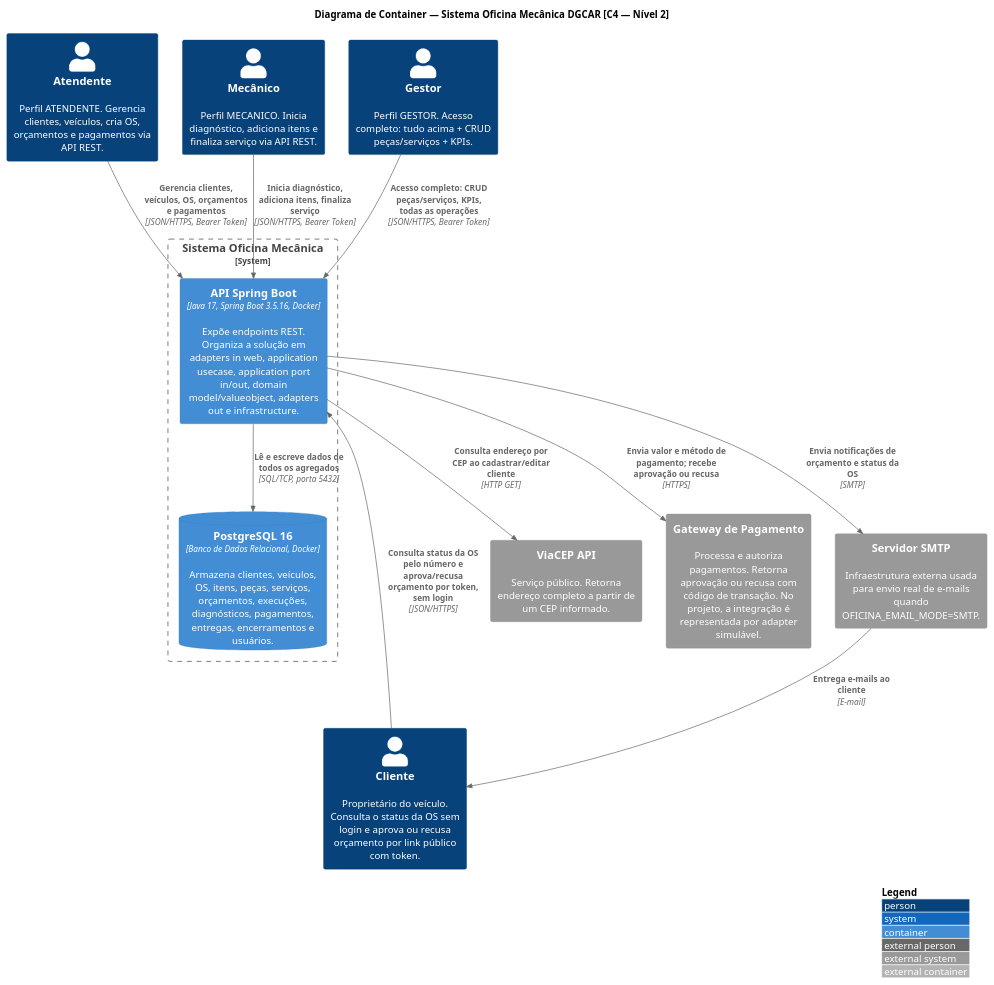
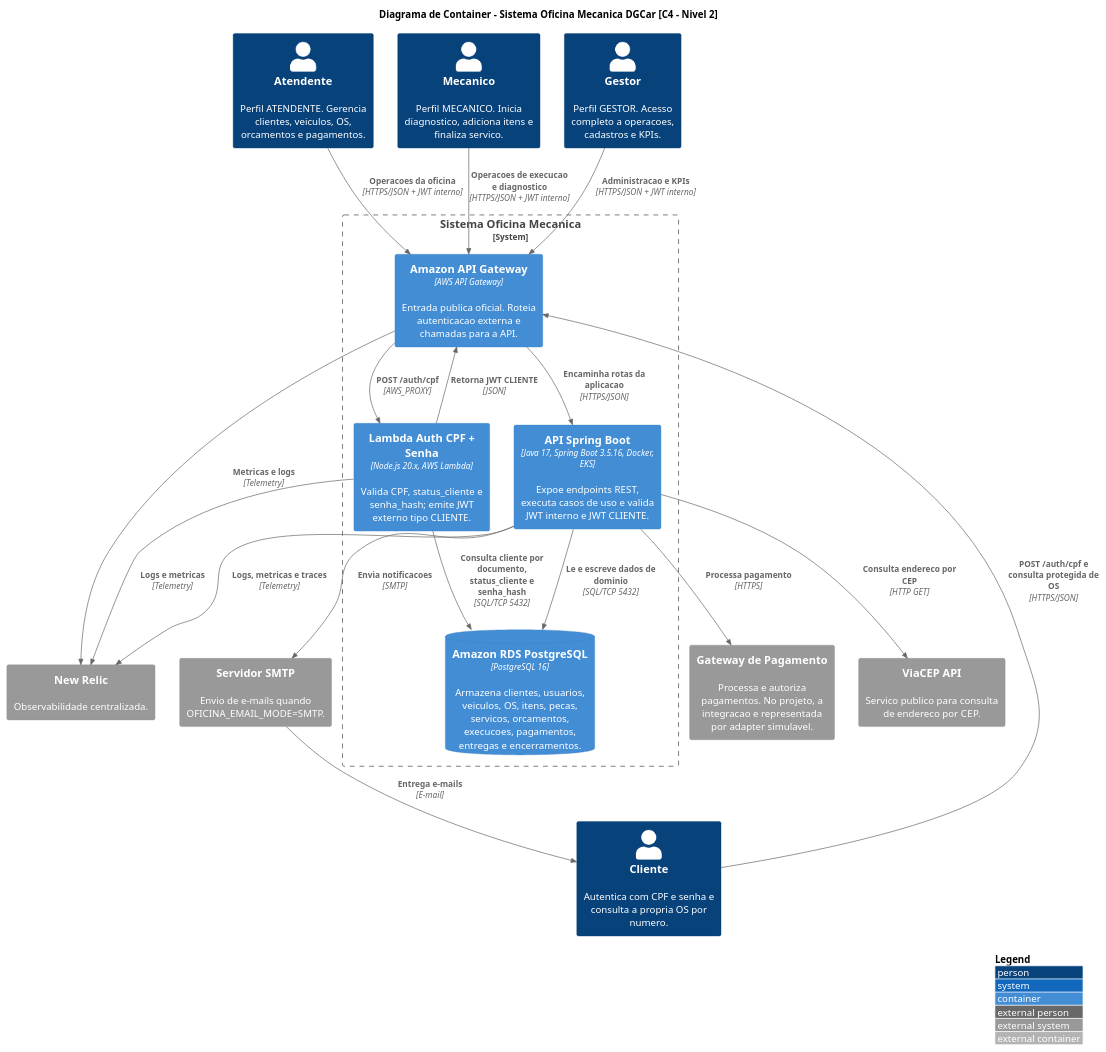
The diagram in docs/arquitetura/2-diagram-container.puml (techdgconsulting/oficina-dgcar-docs), drawn with PlantUML before and after one commit. The commit also changed 66 other files, not shown here.

```diff
--- a/docs/arquitetura/2-diagram-container.puml
+++ b/docs/arquitetura/2-diagram-container.puml
@@ -1,47 +1,48 @@
 @startuml C4_Container_OficinaMecanica
 !include <C4/C4_Container>
 
 LAYOUT_TOP_DOWN()
 LAYOUT_WITH_LEGEND()
 
-title Diagrama de Container — Sistema Oficina Mecânica DGCAR [C4 — Nível 2]
+title Diagrama de Container - Sistema Oficina Mecanica DGCar [C4 - Nivel 2]
 
-' ─── OBJETIVOS ────────────────────────────────────────────────────────
-'Visão dos principais blocos de construção do sistema (APIs, DB, etc).
+' Visao dos principais containers e servicos da arquitetura atual.
 
-' ─── USO ──────────────────────────────────────────────────────────────
-'Facilita a compreensão de dependências e do fluxo de dados entre os conteineres.
+Person(atendente, "Atendente", "Perfil ATENDENTE. Gerencia clientes, veiculos, OS, orcamentos e pagamentos.")
+Person(mecanico, "Mecanico", "Perfil MECANICO. Inicia diagnostico, adiciona itens e finaliza servico.")
+Person(gestor, "Gestor", "Perfil GESTOR. Acesso completo a operacoes, cadastros e KPIs.")
+Person(cliente, "Cliente", "Autentica com CPF e senha e consulta a propria OS por numero.")
 
+System_Ext(viacep, "ViaCEP API", "Servico publico para consulta de endereco por CEP.")
+System_Ext(paymentGateway, "Gateway de Pagamento", "Processa e autoriza pagamentos. No projeto, a integracao e representada por adapter simulavel.")
+System_Ext(smtpServer, "Servidor SMTP", "Envio de e-mails quando OFICINA_EMAIL_MODE=SMTP.")
+System_Ext(newRelic, "New Relic", "Observabilidade centralizada.")
 
-' ─── PESSOAS ──────────────────────────────────────────────────────────────────
-Person(atendente, "Atendente", "Perfil ATENDENTE. Gerencia clientes, veículos, cria OS, orçamentos e pagamentos via API REST.")
-Person(mecanico, "Mecânico", "Perfil MECANICO. Inicia diagnóstico, adiciona itens e finaliza serviço via API REST.")
-Person(gestor, "Gestor", "Perfil GESTOR. Acesso completo: tudo acima + CRUD peças/serviços + KPIs.")
-Person(cliente, "Cliente", "Proprietário do veículo. Consulta o status da OS sem login e aprova ou recusa orçamento por link público com token.")
-
-' ─── SISTEMAS EXTERNOS ────────────────────────────────────────────────────────
-System_Ext(viacep, "ViaCEP API", "Serviço público. Retorna endereço completo a partir de um CEP informado.")
-System_Ext(gateway, "Gateway de Pagamento", "Processa e autoriza pagamentos. Retorna aprovação ou recusa com código de transação. No projeto, a integração é representada por adapter simulável.")
-System_Ext(smtpServer, "Servidor SMTP", "Infraestrutura externa usada para envio real de e-mails quando OFICINA_EMAIL_MODE=SMTP.")
-
-' ─── SISTEMA: OFICINA MECÂNICA ────────────────────────────────────────────────
-System_Boundary(oficina, "Sistema Oficina Mecânica") {
-
-    Container(api, "API Spring Boot", "Java 17, Spring Boot 3.5.16, Docker", "Expõe endpoints REST. Organiza a solução em adapters in web, application usecase, application port in/out, domain model/valueobject, adapters out e infrastructure.")
-
-    ContainerDb(db, "PostgreSQL 16", "Banco de Dados Relacional, Docker", "Armazena clientes, veículos, OS, itens, peças, serviços, orçamentos, execuções, diagnósticos, pagamentos, entregas, encerramentos e usuários.")
+System_Boundary(oficina, "Sistema Oficina Mecanica") {
+  Container(apiGateway, "Amazon API Gateway", "AWS API Gateway", "Entrada publica oficial. Roteia autenticacao externa e chamadas para a API.")
+  Container(lambdaAuth, "Lambda Auth CPF + Senha", "Node.js 20.x, AWS Lambda", "Valida CPF, status_cliente e senha_hash; emite JWT externo tipo CLIENTE.")
+  Container(api, "API Spring Boot", "Java 17, Spring Boot 3.5.16, Docker, EKS", "Expoe endpoints REST, executa casos de uso e valida JWT interno e JWT CLIENTE.")
+  ContainerDb(db, "Amazon RDS PostgreSQL", "PostgreSQL 16", "Armazena clientes, usuarios, veiculos, OS, itens, pecas, servicos, orcamentos, execucoes, pagamentos, entregas e encerramentos.")
 }
 
-' ─── RELACIONAMENTOS ──────────────────────────────────────────────────────────
-Rel(atendente, api, "Gerencia clientes, veículos, OS, orçamentos e pagamentos", "JSON/HTTPS, Bearer Token")
-Rel(mecanico, api, "Inicia diagnóstico, adiciona itens, finaliza serviço", "JSON/HTTPS, Bearer Token")
-Rel(gestor, api, "Acesso completo: CRUD peças/serviços, KPIs, todas as operações", "JSON/HTTPS, Bearer Token")
-Rel(cliente, api, "Consulta status da OS pelo número e aprova/recusa orçamento por token, sem login", "JSON/HTTPS")
+Rel(cliente, apiGateway, "POST /auth/cpf e consulta protegida de OS", "HTTPS/JSON")
+Rel(atendente, apiGateway, "Operacoes da oficina", "HTTPS/JSON + JWT interno")
+Rel(mecanico, apiGateway, "Operacoes de execucao e diagnostico", "HTTPS/JSON + JWT interno")
+Rel(gestor, apiGateway, "Administracao e KPIs", "HTTPS/JSON + JWT interno")
 
-Rel(api, db, "Lê e escreve dados de todos os agregados", "SQL/TCP, porta 5432")
-Rel(api, viacep, "Consulta endereço por CEP ao cadastrar/editar cliente", "HTTP GET")
-Rel(api, gateway, "Envia valor e método de pagamento; recebe aprovação ou recusa", "HTTPS")
-Rel(api, smtpServer, "Envia notificações de orçamento e status da OS", "SMTP")
-Rel(smtpServer, cliente, "Entrega e-mails ao cliente", "E-mail")
+Rel(apiGateway, lambdaAuth, "POST /auth/cpf", "AWS_PROXY")
+Rel(lambdaAuth, db, "Consulta cliente por documento, status_cliente e senha_hash", "SQL/TCP 5432")
+Rel(lambdaAuth, apiGateway, "Retorna JWT CLIENTE", "JSON")
+Rel(apiGateway, api, "Encaminha rotas da aplicacao", "HTTPS/JSON")
+Rel(api, db, "Le e escreve dados de dominio", "SQL/TCP 5432")
+
+Rel(api, viacep, "Consulta endereco por CEP", "HTTP GET")
+Rel(api, paymentGateway, "Processa pagamento", "HTTPS")
+Rel(api, smtpServer, "Envia notificacoes", "SMTP")
+Rel(smtpServer, cliente, "Entrega e-mails", "E-mail")
+
+Rel(apiGateway, newRelic, "Metricas e logs", "Telemetry")
+Rel(lambdaAuth, newRelic, "Logs e metricas", "Telemetry")
+Rel(api, newRelic, "Logs, metricas e traces", "Telemetry")
 
 @enduml
```
